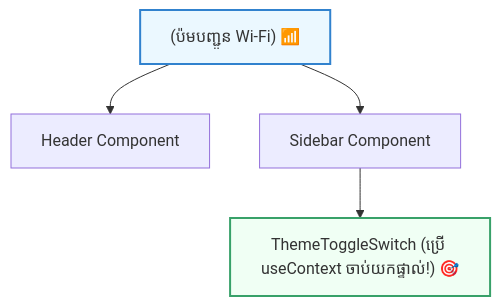
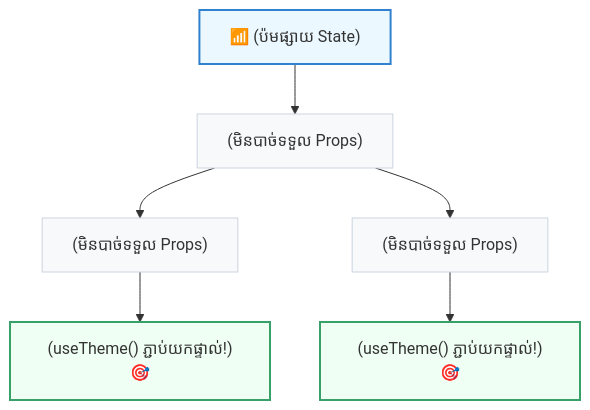
The diagram in src/courses/react/module-7-global-state/02-context-api-setup.mdx (Ari-ICU/full-stack-short-coures), drawn with Mermaid before and after one commit. The commit also changed other lines of this file and 4 other files, not shown here.

````diff
--- a/src/courses/react/module-7-global-state/02-context-api-setup.mdx
+++ b/src/courses/react/module-7-global-state/02-context-api-setup.mdx
@@ -37,10 +47,16 @@
 ```mermaid
 graph TD
-    Provider["<ThemeContext.Provider value={{ theme, toggleTheme }}> (ប៉មបញ្ជូន Wi-Fi) 📶"]
-    Provider --> CompA["Header Component"]
-    Provider --> CompB["Sidebar Component"]
-    CompB --> DeepChild["ThemeToggleSwitch (ប្រើ useContext ចាប់យកផ្ទាល់!) 🎯"]
+    Provider["<ThemeContext.Provider value={{ theme, toggleTheme }}> 📶 (ប៉មផ្សាយ State)"]
+    Provider --> Layout["<AppLayout> (មិនបាច់ទទួល Props)"]
+    Layout --> Sidebar["<Sidebar> (មិនបាច់ទទួល Props)"]
+    Layout --> Content["<MainContent> (មិនបាច់ទទួល Props)"]
+    Sidebar --> Switch["<ThemeToggleSwitch> (useTheme() ភ្ជាប់យកផ្ទាល់!) 🎯"]
+    Content --> Card["<ThemedCard> (useTheme() ភ្ជាប់យកផ្ទាល់!) 🎯"]
 
     style Provider fill:#ebf8ff,stroke:#3182ce,stroke-width:2px
-    style DeepChild fill:#f0fff4,stroke:#38a169,stroke-width:2px
+    style Switch fill:#f0fff4,stroke:#38a169,stroke-width:2px
+    style Card fill:#f0fff4,stroke:#38a169,stroke-width:2px
+    style Layout fill:#f8f9fa,stroke:#cbd5e1,stroke-width:1px
+    style Sidebar fill:#f8f9fa,stroke:#cbd5e1,stroke-width:1px
+    style Content fill:#f8f9fa,stroke:#cbd5e1,stroke-width:1px
 ```
````
